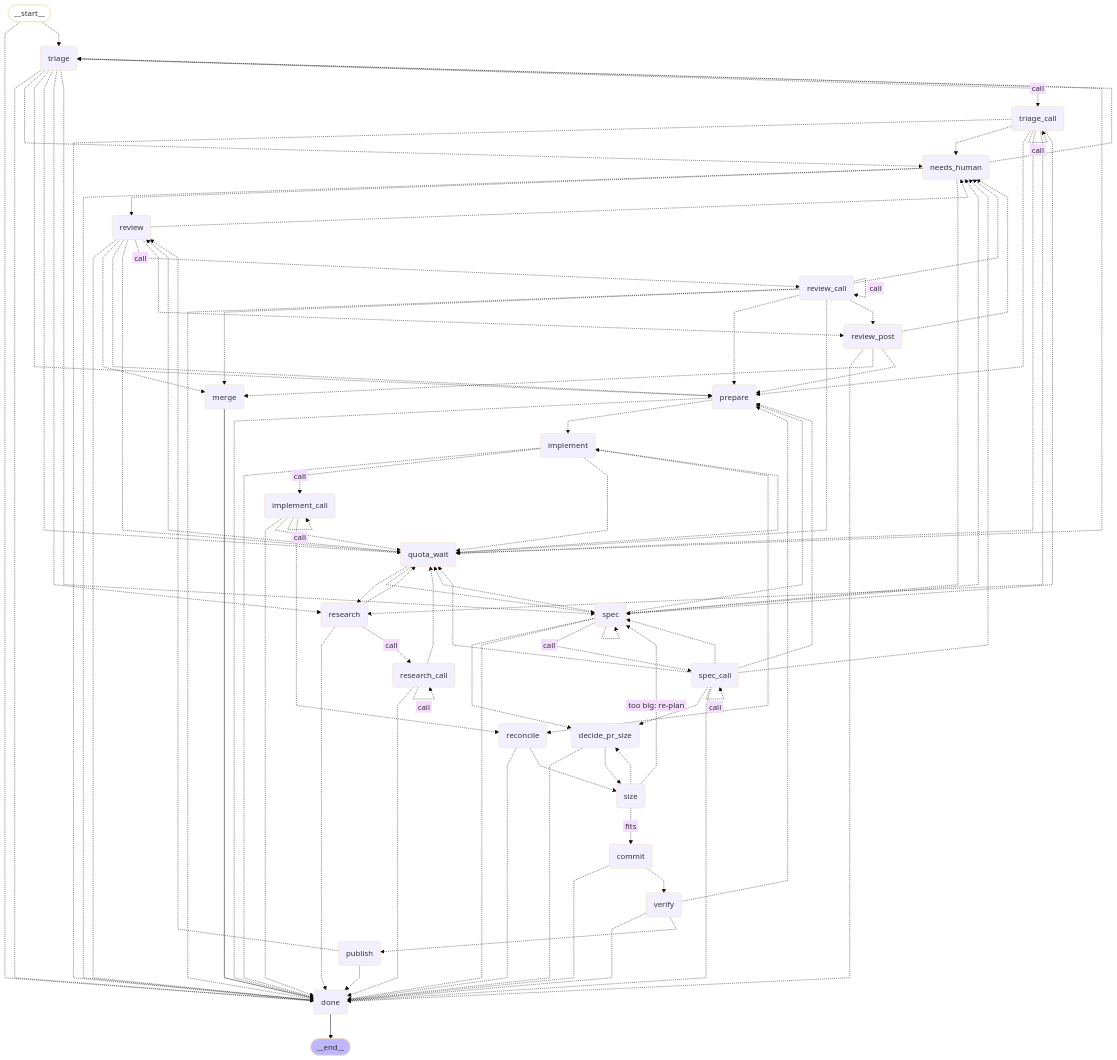
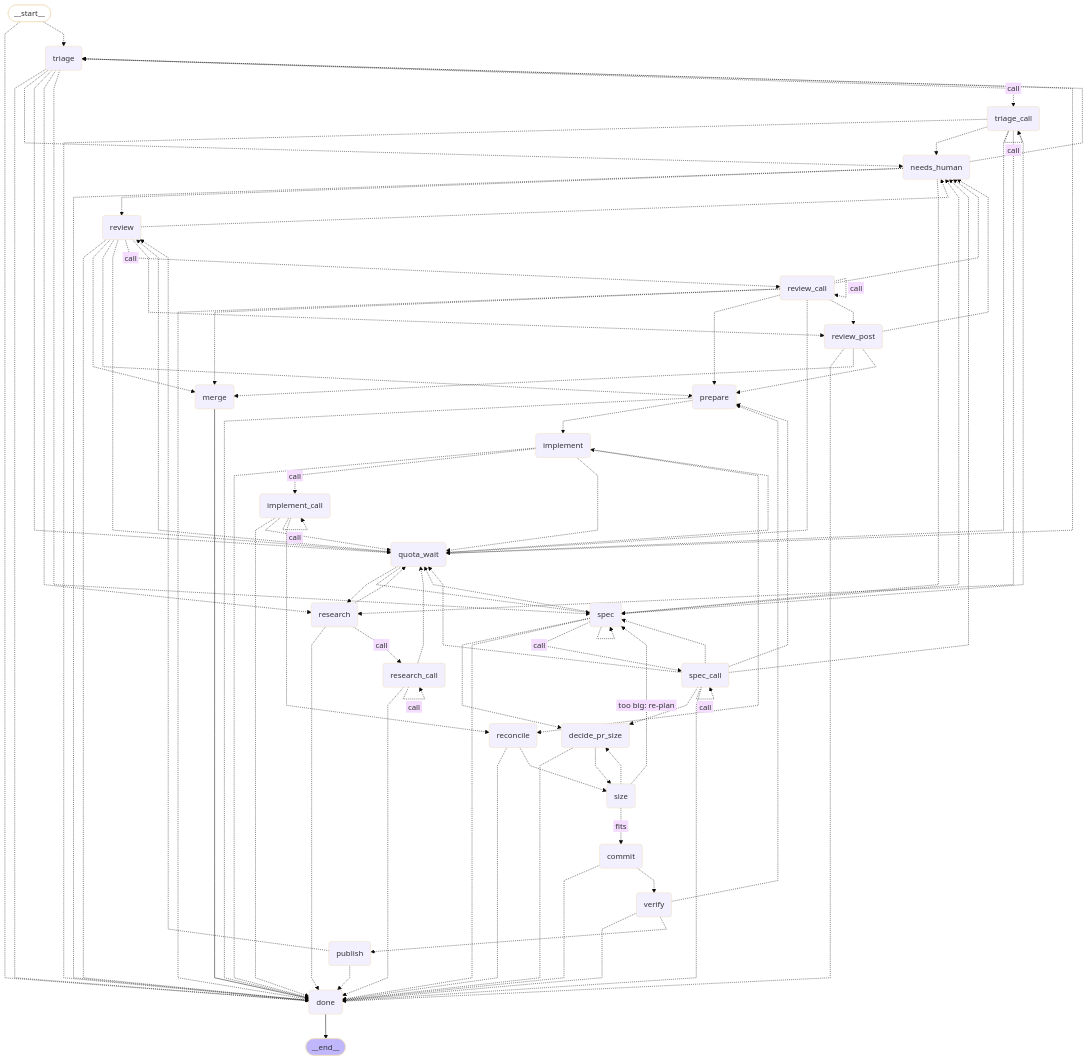
Before and after one commit to bookout-labs/tools: the diagram in docs/graph/delivery.mmd, drawn with Mermaid (base theme). The commit also changed 43 other files, not shown here.

```diff
--- a/docs/graph/delivery.mmd
+++ b/docs/graph/delivery.mmd
@@ -1,122 +1,119 @@
 ---
 config:
   flowchart:
     curve: linear
 ---
 graph TD;
 	__start__([<p>__start__</p>]):::first
 	triage(triage)
 	triage_call(triage_call)
 	research(research)
 	research_call(research_call)
 	spec(spec)
 	spec_call(spec_call)
 	implement(implement)
 	implement_call(implement_call)
 	review(review)
 	review_call(review_call)
 	verify(verify)
 	prepare(prepare)
 	reconcile(reconcile)
 	size(size)
 	commit(commit)
 	publish(publish)
 	review_post(review_post)
 	needs_human(needs_human)
 	quota_wait(quota_wait)
 	decide_pr_size(decide_pr_size)
 	merge(merge)
 	done(done)
 	__end__([<p>__end__</p>]):::last
 	__start__ -.-> done;
 	__start__ -.-> triage;
 	commit -.-> done;
 	commit -.-> verify;
 	decide_pr_size -.-> done;
 	decide_pr_size -.-> size;
 	implement -.-> done;
 	implement -. &nbsp;call&nbsp; .-> implement_call;
 	implement -.-> quota_wait;
 	implement -.-> reconcile;
 	implement_call -.-> done;
 	implement_call -.-> quota_wait;
 	implement_call -.-> reconcile;
 	merge --> done;
 	needs_human -.-> done;
 	needs_human -.-> review;
 	needs_human -.-> spec;
 	needs_human -.-> triage;
 	prepare -.-> done;
 	prepare -.-> implement;
 	publish -.-> done;
 	publish -.-> review;
 	quota_wait -.-> implement;
 	quota_wait -.-> research;
 	quota_wait -.-> review;
 	quota_wait -.-> spec;
 	quota_wait -.-> triage;
 	reconcile -.-> done;
 	reconcile -.-> size;
 	research -.-> done;
 	research -.-> quota_wait;
 	research -. &nbsp;call&nbsp; .-> research_call;
 	research_call -.-> done;
 	research_call -.-> quota_wait;
 	review -.-> done;
 	review -.-> merge;
 	review -.-> needs_human;
 	review -.-> prepare;
 	review -.-> quota_wait;
 	review -. &nbsp;call&nbsp; .-> review_call;
 	review -.-> review_post;
 	review_call -.-> done;
 	review_call -.-> merge;
 	review_call -.-> needs_human;
 	review_call -.-> prepare;
 	review_call -.-> quota_wait;
 	review_call -.-> review_post;
 	review_post -.-> done;
 	review_post -.-> merge;
 	review_post -.-> needs_human;
 	review_post -.-> prepare;
 	size -. &nbsp;fits&nbsp; .-> commit;
 	size -.-> decide_pr_size;
 	size -. &nbsp;too big: re-plan&nbsp; .-> spec;
 	spec -.-> decide_pr_size;
 	spec -.-> done;
 	spec -.-> needs_human;
-	spec -.-> prepare;
 	spec -.-> quota_wait;
 	spec -. &nbsp;call&nbsp; .-> spec_call;
 	spec_call -.-> decide_pr_size;
 	spec_call -.-> done;
 	spec_call -.-> needs_human;
 	spec_call -.-> prepare;
 	spec_call -.-> quota_wait;
 	spec_call -.-> spec;
 	triage -.-> done;
 	triage -.-> needs_human;
-	triage -.-> prepare;
 	triage -.-> quota_wait;
 	triage -.-> research;
 	triage -.-> spec;
 	triage -. &nbsp;call&nbsp; .-> triage_call;
 	triage_call -.-> done;
 	triage_call -.-> needs_human;
-	triage_call -.-> prepare;
 	triage_call -.-> quota_wait;
 	triage_call -.-> research;
 	triage_call -.-> spec;
 	verify -.-> done;
 	verify -.-> prepare;
 	verify -.-> publish;
 	done --> __end__;
 	implement_call -. &nbsp;call&nbsp; .-> implement_call;
 	research_call -. &nbsp;call&nbsp; .-> research_call;
 	review_call -. &nbsp;call&nbsp; .-> review_call;
 	spec -.-> spec;
 	spec_call -. &nbsp;call&nbsp; .-> spec_call;
 	triage_call -. &nbsp;call&nbsp; .-> triage_call;
 	classDef default fill:#f2f0ff,line-height:1.2
 	classDef first fill-opacity:0
 	classDef last fill:#bfb6fc
```
